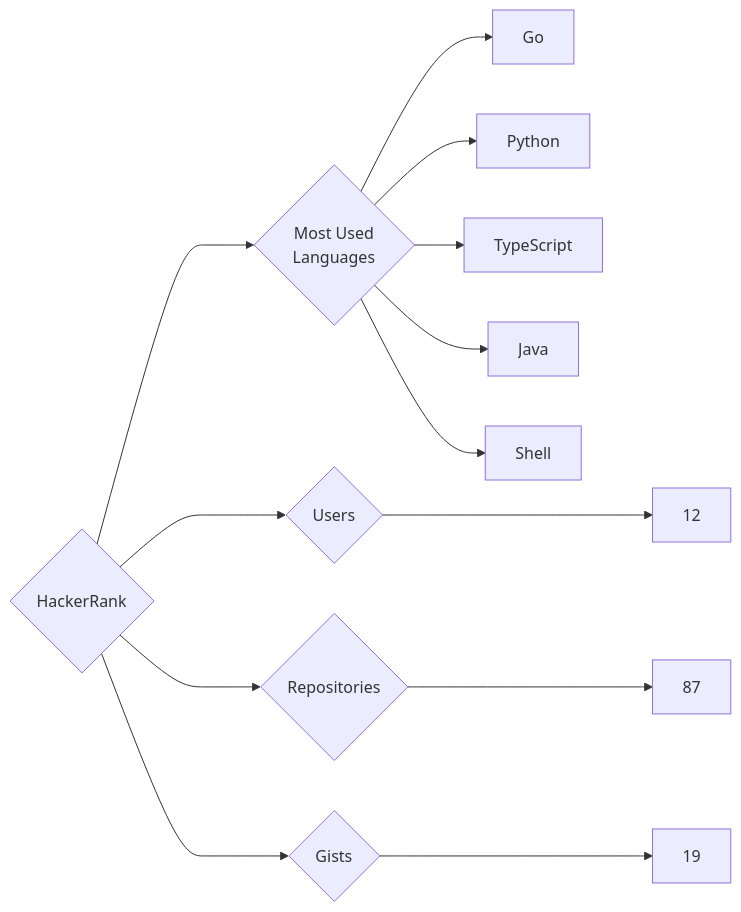
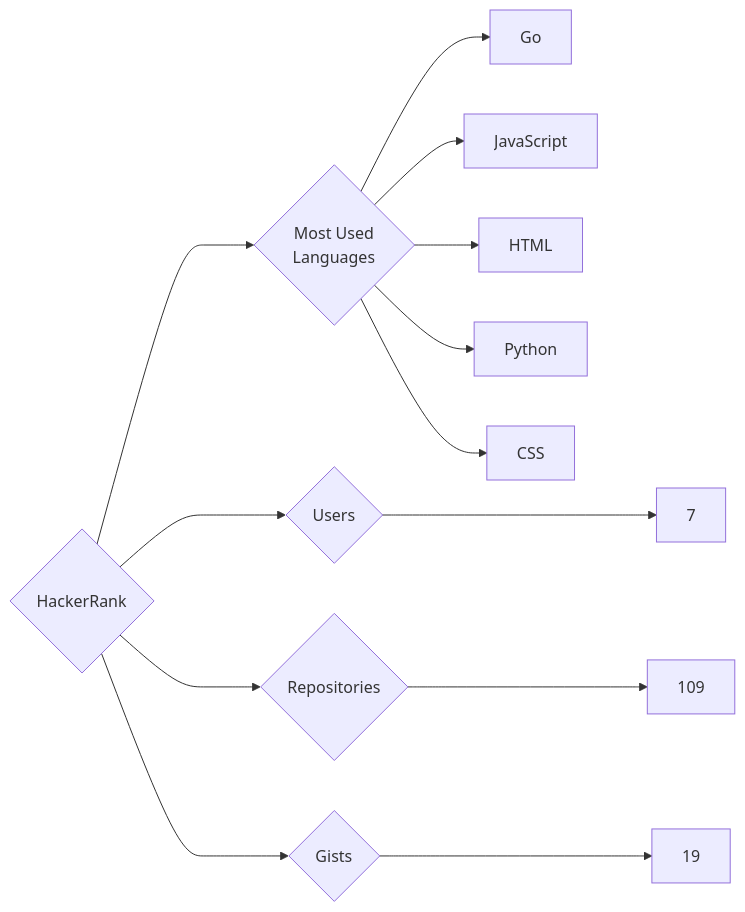
Before and after one commit to trickest/insiders: the diagram in targets/HackerRank/README.md, drawn with Mermaid. The commit also changed 783 other files, not shown here.

````diff
--- a/targets/HackerRank/README.md
+++ b/targets/HackerRank/README.md
@@ -3,13 +3,13 @@
 ```mermaid
 graph LR
 COMPANY_NAME{HackerRank}
-COMPANY_NAME ---> U{Users} ---> UN[12]
-COMPANY_NAME ---> R{Repositories} ---> RN[87]
+COMPANY_NAME ---> U{Users} ---> UN[7]
+COMPANY_NAME ---> R{Repositories} ---> RN[109]
 COMPANY_NAME ---> G{Gists} ---> GN[19]
 COMPANY_NAME ---> ML{Most Used<br>Languages}
 ML --> Go[Go]
+ML --> JavaScript[JavaScript]
+ML --> HTML[HTML]
 ML --> Python[Python]
-ML --> TypeScript[TypeScript]
-ML --> Java[Java]
-ML --> Shell[Shell]
+ML --> CSS[CSS]
 ```
````
